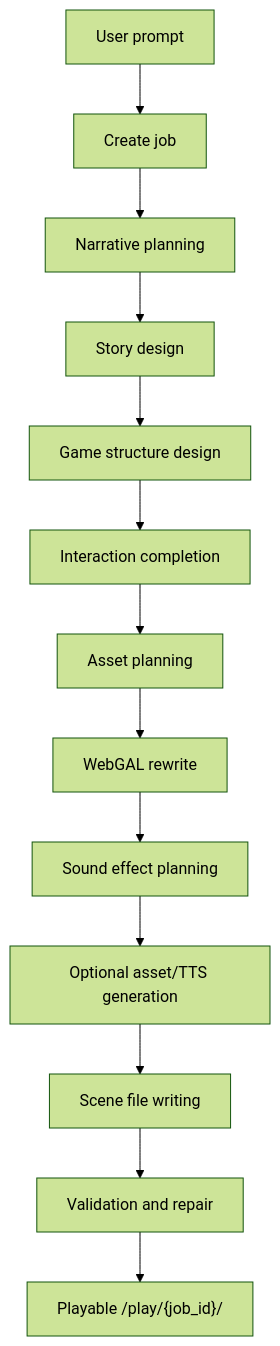
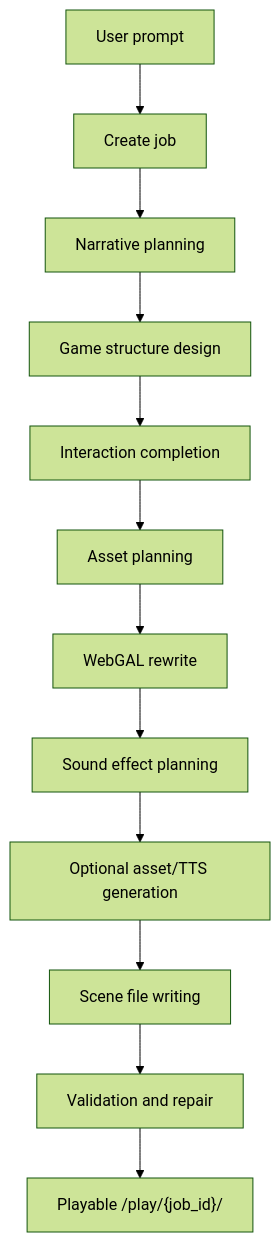
One commit to confusedstardust/engine_skeleton changed the diagram in README.md. Above: the diagram before and after it, drawn with Mermaid (forest theme). The commit also changed other lines of this file and 49 other files, not shown here.

````diff
--- a/README.md
+++ b/README.md
@@ -56,15 +56,14 @@
 ```mermaid
 flowchart TD
   A["User prompt"] --> B["Create job"]
   B --> C["Narrative planning"]
-  C --> D["Story design"]
-  D --> E["Game structure design"]
+  C --> E["Game structure design"]
   E --> F["Interaction completion"]
   F --> G["Asset planning"]
   G --> H["WebGAL rewrite"]
   H --> I["Sound effect planning"]
   I --> J["Optional asset/TTS generation"]
   J --> K["Scene file writing"]
   K --> L["Validation and repair"]
   L --> M["Playable /play/{job_id}/"]
 ```
````
